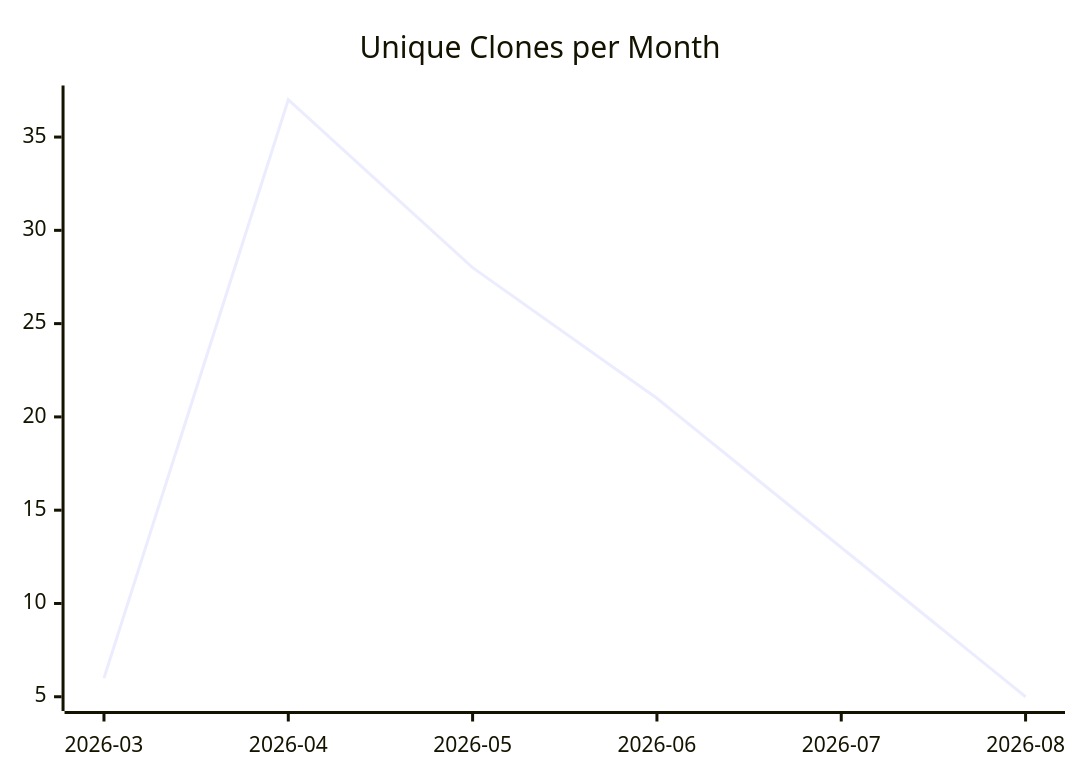
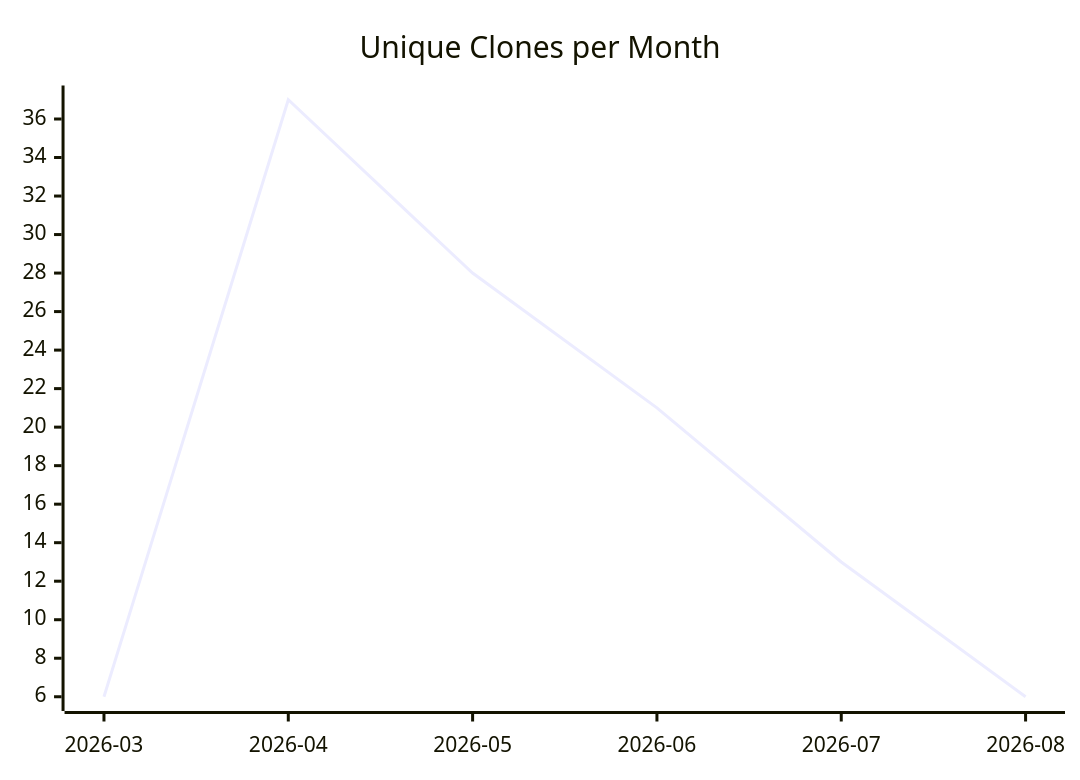
One commit to justdavis-family/github-analytics-data changed the third of 3 diagrams in karlmdavis/ansible-role-jenkins2/README.md. Above: the diagram before and after it, drawn with Mermaid. The commit also changed other lines of this file and 154 other files, not shown here.

````diff
--- a/karlmdavis/ansible-role-jenkins2/README.md
+++ b/karlmdavis/ansible-role-jenkins2/README.md
@@ -19,6 +19,6 @@
 ```mermaid
 xychart-beta
   title "Unique Clones per Month"
   x-axis ["2026-03", "2026-04", "2026-05", "2026-06", "2026-07", "2026-08"]
-  line [6, 37, 28, 21, 13, 5]
+  line [6, 37, 28, 21, 13, 6]
 ```
````
